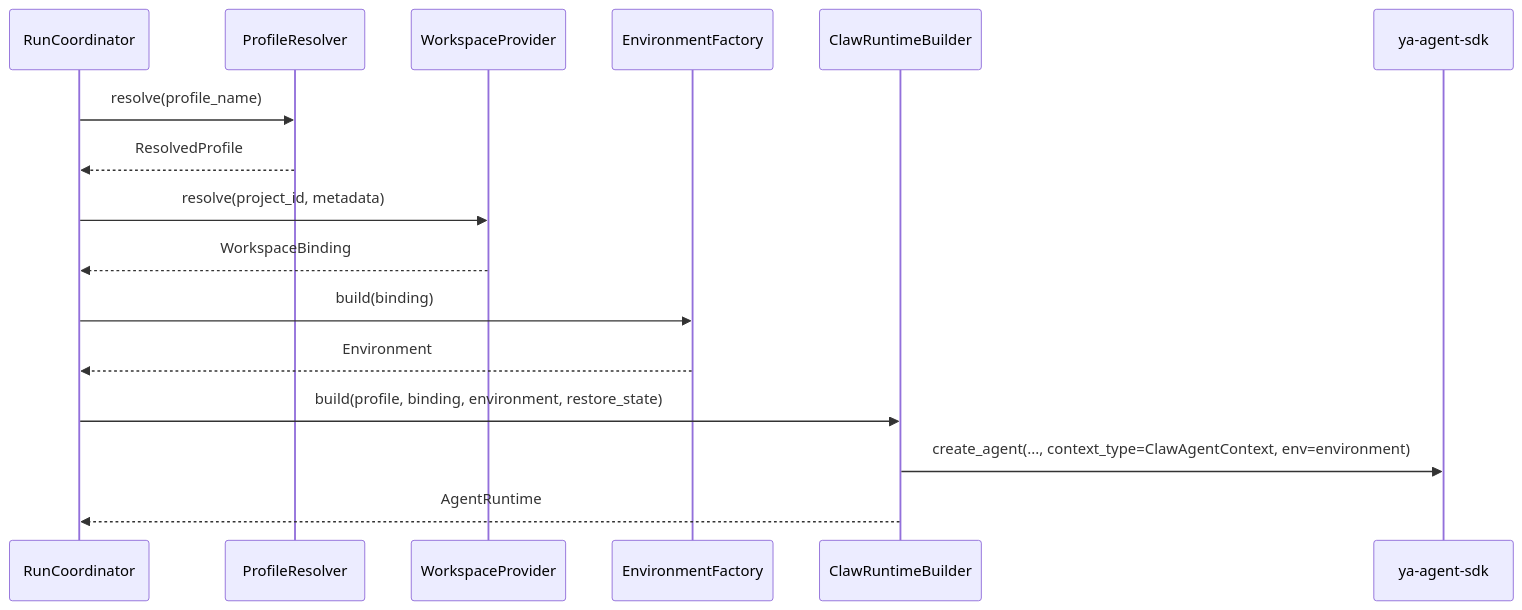
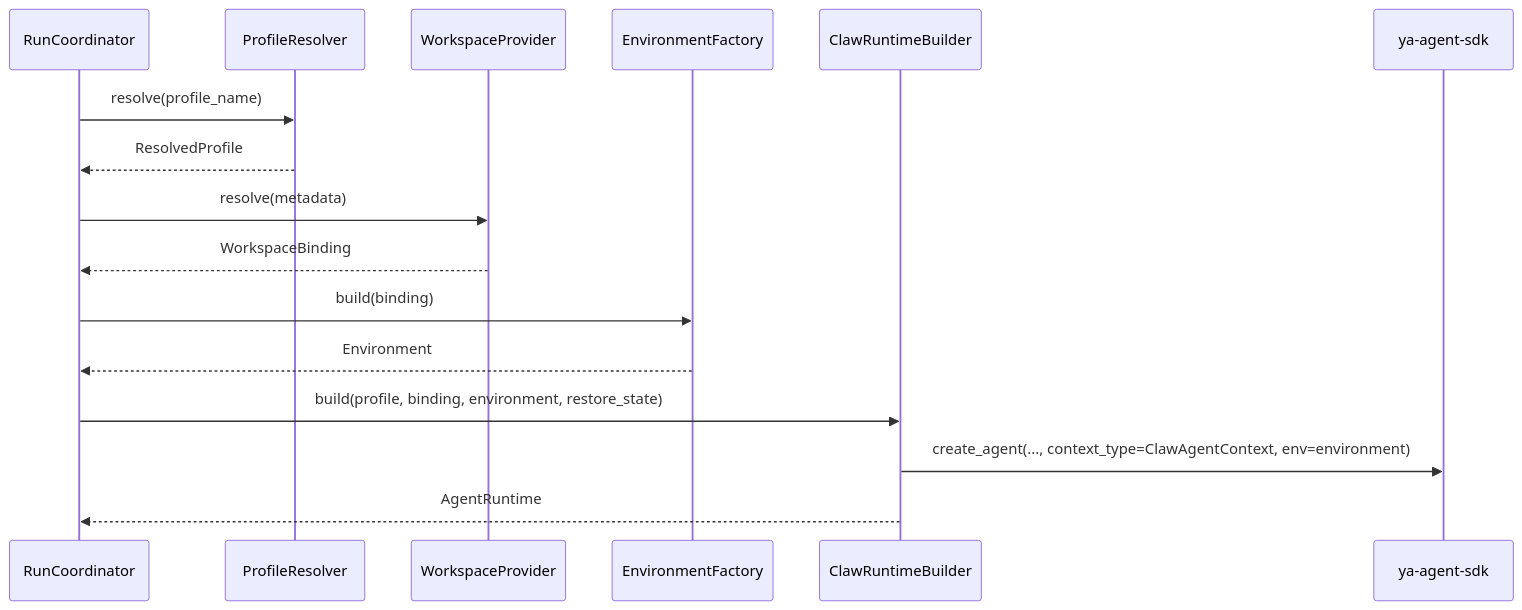
The second of 2 diagrams in packages/ya-claw/spec/01-configuration-and-workspace-provider.md (Wh1isper/ya-mono), drawn with Mermaid before and after one commit. The commit also changed other lines of this file and 31 other files, not shown here.

````diff
--- a/packages/ya-claw/spec/01-configuration-and-workspace-provider.md
+++ b/packages/ya-claw/spec/01-configuration-and-workspace-provider.md
@@ -254,19 +263,19 @@
 ```mermaid
 sequenceDiagram
     participant COORD as RunCoordinator
     participant PROF as ProfileResolver
     participant PROV as WorkspaceProvider
     participant ENVF as EnvironmentFactory
     participant BUILD as ClawRuntimeBuilder
     participant SDK as ya-agent-sdk
 
     COORD->>PROF: resolve(profile_name)
     PROF-->>COORD: ResolvedProfile
-    COORD->>PROV: resolve(project_id, metadata)
+    COORD->>PROV: resolve(metadata)
     PROV-->>COORD: WorkspaceBinding
     COORD->>ENVF: build(binding)
     ENVF-->>COORD: Environment
     COORD->>BUILD: build(profile, binding, environment, restore_state)
     BUILD->>SDK: create_agent(..., context_type=ClawAgentContext, env=environment)
     BUILD-->>COORD: AgentRuntime
 ```
````
